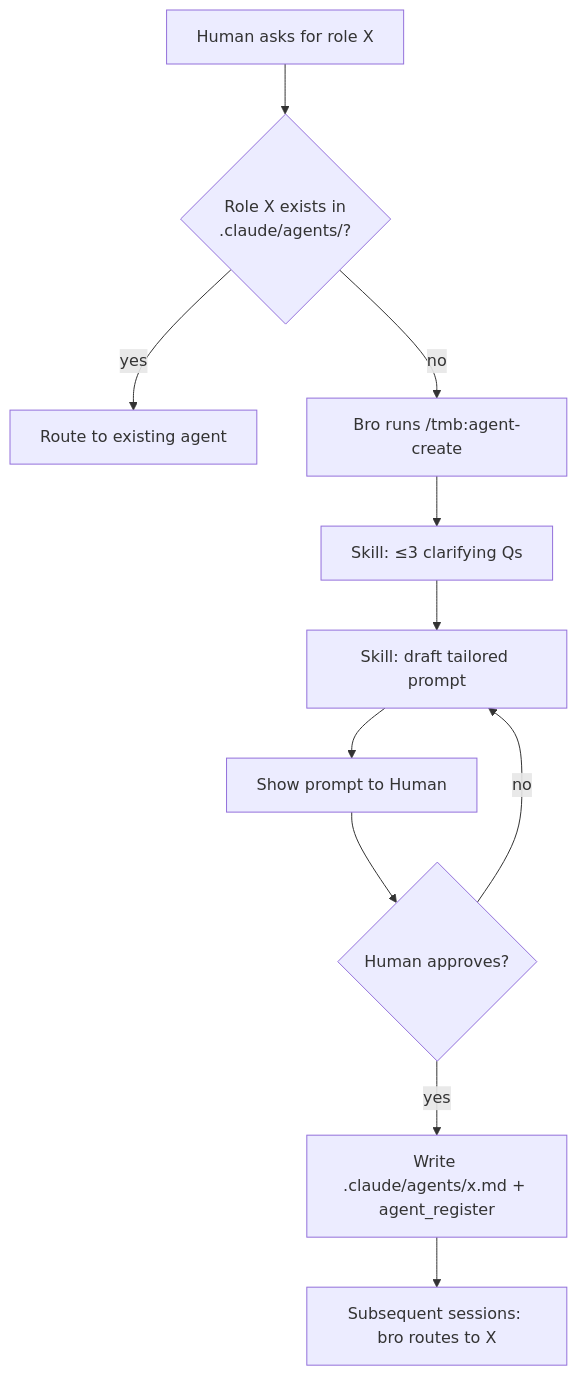
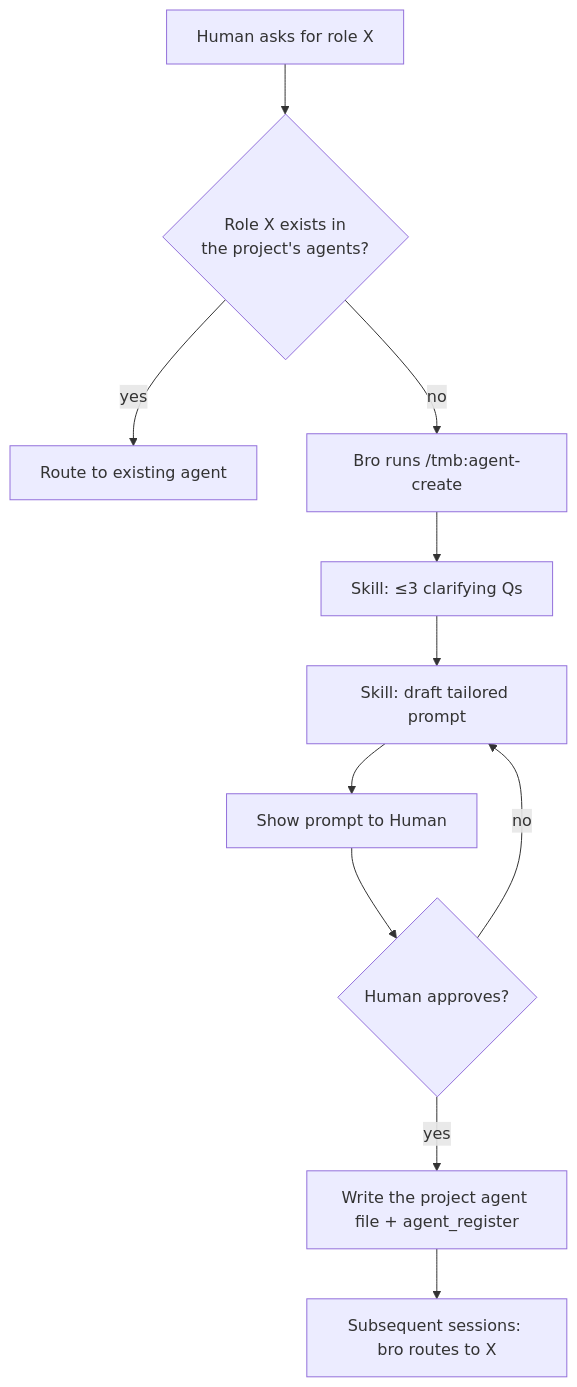
Before and after one commit to trustmybot/plugin: the sixth of 6 diagrams in docs/architecture/FLOWS.md, drawn with Mermaid. The commit also changed other lines of this file and 1 other file, not shown here.

First line of the commit message:
📝 docs(architecture): rewrite FLOWS.md at architecture level (#2828)

````diff
--- a/docs/architecture/FLOWS.md
+++ b/docs/architecture/FLOWS.md
@@ -386,13 +388,13 @@
 ```mermaid
 flowchart TD
-    A[Human asks for role X] --> B{Role X exists in<br/>.claude/agents/?}
+    A[Human asks for role X] --> B{Role X exists in<br/>the project's agents?}
     B -->|yes| C[Route to existing agent]
     B -->|no| D[Bro runs /tmb:agent-create]
     D --> E[Skill: ≤3 clarifying Qs]
     E --> F[Skill: draft tailored prompt]
     F --> G[Show prompt to Human]
     G --> H{Human approves?}
     H -->|no| F
-    H -->|yes| I[Write .claude/agents/x.md + agent_register]
+    H -->|yes| I[Write the project agent file + agent_register]
     I --> J[Subsequent sessions: bro routes to X]
 ```
````
